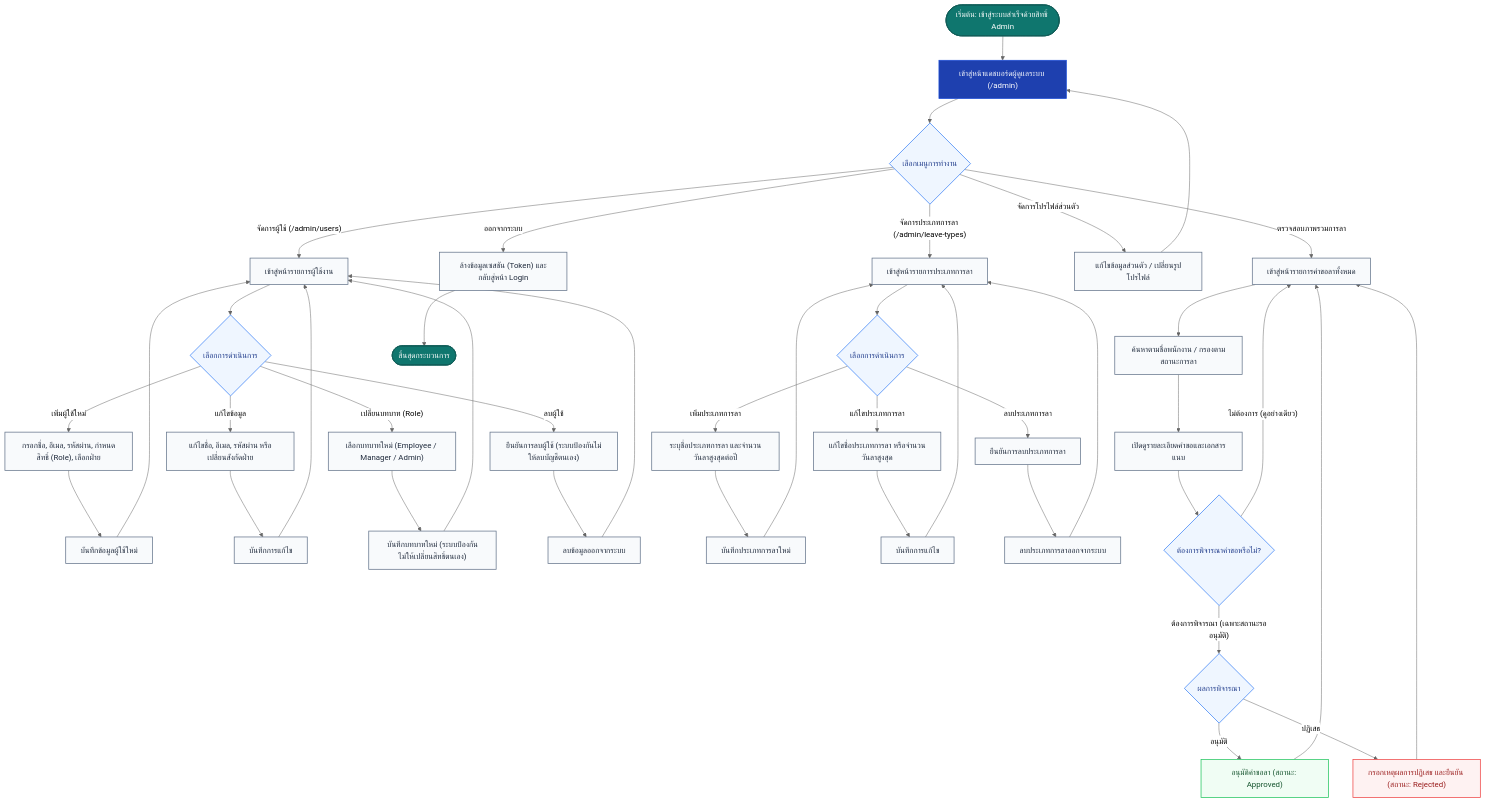
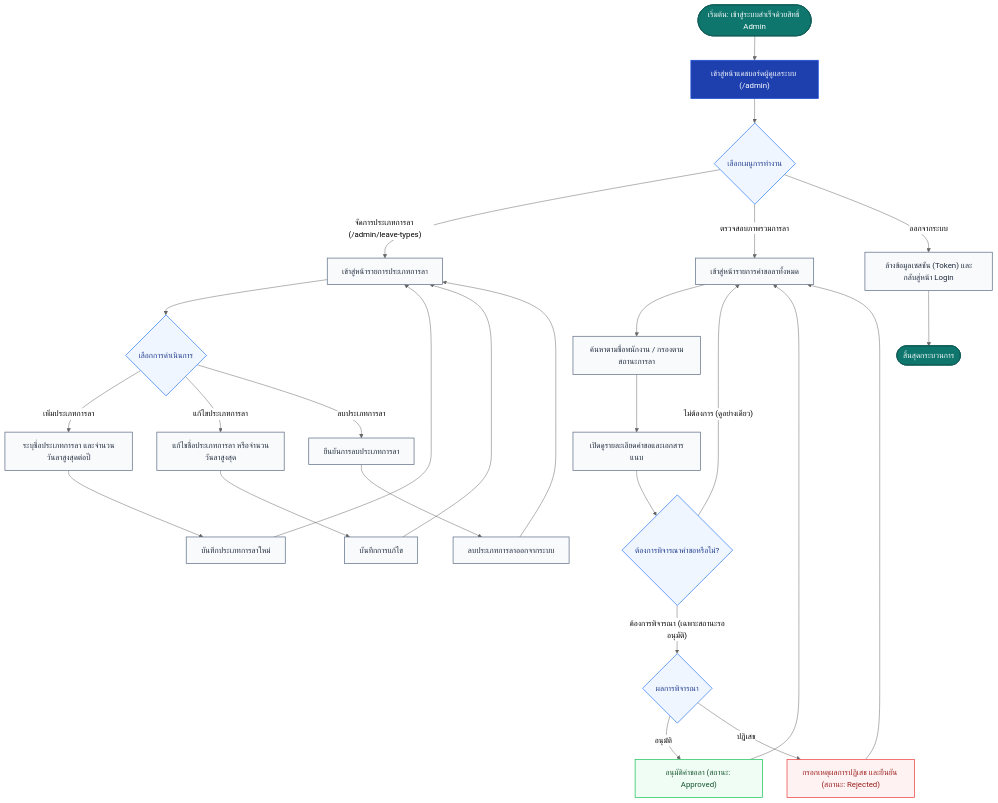
Before and after one commit to CoCoa-luck-hat/Eleave-DevOps: the diagram in docs/2-admin-flow.md, drawn with Mermaid (neutral theme). The commit also changed other lines of this file and 27 other files, not shown here.

````diff
--- a/docs/2-admin-flow.md
+++ b/docs/2-admin-flow.md
@@ -9,58 +9,44 @@
 ```mermaid
 flowchart TD
     Start(["เริ่มต้น: เข้าสู่ระบบสำเร็จด้วยสิทธิ์ Admin"]) --> AdminDashboard["เข้าสู่หน้าแดชบอร์ดผู้ดูแลระบบ (/admin)"]
     
     AdminDashboard --> SelectMenu{"เลือกเมนูการทำงาน"}
-    
-    %% เมนู 1: จัดการผู้ใช้งาน
-    SelectMenu -- "จัดการผู้ใช้ (/admin/users)" --> UserMgmt["เข้าสู่หน้ารายการผู้ใช้งาน"]
-    UserMgmt --> UserAction{"เลือกการดำเนินการ"}
-    UserAction -- "เพิ่มผู้ใช้ใหม่" --> AddUser["กรอกชื่อ, อีเมล, รหัสผ่าน, กำหนดสิทธิ์ (Role), เลือกฝ่าย"]
-    AddUser --> SaveUser["บันทึกข้อมูลผู้ใช้ใหม่"] --> UserMgmt
-    UserAction -- "แก้ไขข้อมูล" --> EditUser["แก้ไขชื่อ, อีเมล, รหัสผ่าน หรือเปลี่ยนสังกัดฝ่าย"]
-    EditUser --> UpdateUser["บันทึกการแก้ไข"] --> UserMgmt
-    UserAction -- "เปลี่ยนบทบาท (Role)" --> ChangeRole["เลือกบทบาทใหม่ (Employee / Manager / Admin)"]
-    ChangeRole --> UpdateRole["บันทึกบทบาทใหม่ (ระบบป้องกันไม่ให้เปลี่ยนสิทธิ์ตนเอง)"] --> UserMgmt
-    UserAction -- "ลบผู้ใช้" --> DeleteUser["ยืนยันการลบผู้ใช้ (ระบบป้องกันไม่ให้ลบบัญชีตนเอง)"]
-    DeleteUser --> RemoveUser["ลบข้อมูลออกจากระบบ"] --> UserMgmt
 
-    %% เมนู 2: จัดการประเภทการลา
+    %% เมนู 1: จัดการประเภทการลา
     SelectMenu -- "จัดการประเภทการลา (/admin/leave-types)" --> LeaveTypeMgmt["เข้าสู่หน้ารายการประเภทการลา"]
     LeaveTypeMgmt --> LTAction{"เลือกการดำเนินการ"}
     LTAction -- "เพิ่มประเภทการลา" --> AddLT["ระบุชื่อประเภทการลา และจำนวนวันลาสูงสุดต่อปี"]
     AddLT --> SaveLT["บันทึกประเภทการลาใหม่"] --> LeaveTypeMgmt
     LTAction -- "แก้ไขประเภทการลา" --> EditLT["แก้ไขชื่อประเภทการลา หรือจำนวนวันลาสูงสุด"]
     EditLT --> UpdateLT["บันทึกการแก้ไข"] --> LeaveTypeMgmt
     LTAction -- "ลบประเภทการลา" --> DeleteLT["ยืนยันการลบประเภทการลา"]
     DeleteLT --> RemoveLT["ลบประเภทการลาออกจากระบบ"] --> LeaveTypeMgmt
 
-    %% เมนู 3: ตรวจสอบและพิจารณาคำขอลา
+    %% เมนู 2: ตรวจสอบและพิจารณาคำขอลา
     SelectMenu -- "ตรวจสอบภาพรวมการลา" --> LeaveOverview["เข้าสู่หน้ารายการคำขอลาทั้งหมด"]
     LeaveOverview --> FilterLeave["ค้นหาตามชื่อพนักงาน / กรองตามสถานะการลา"]
     FilterLeave --> ViewDetail["เปิดดูรายละเอียดคำขอและเอกสารแนบ"]
     ViewDetail --> NeedAction{"ต้องการพิจารณาคำขอหรือไม่?"}
     NeedAction -- "ไม่ต้องการ (ดูอย่างเดียว)" --> LeaveOverview
     NeedAction -- "ต้องการพิจารณา (เฉพาะสถานะรออนุมัติ)" --> DecideLeave{"ผลการพิจารณา"}
     DecideLeave -- "อนุมัติ" --> ApproveLeave["อนุมัติคำขอลา (สถานะ: Approved)"] --> LeaveOverview
     DecideLeave -- "ปฏิเสธ" --> RejectLeave["กรอกเหตุผลการปฏิเสธ และยืนยัน (สถานะ: Rejected)"] --> LeaveOverview
 
     %% การออกจากระบบ
-    SelectMenu -- "จัดการโปรไฟล์ส่วนตัว" --> EditProfile["แก้ไขข้อมูลส่วนตัว / เปลี่ยนรูปโปรไฟล์"] --> AdminDashboard
     SelectMenu -- "ออกจากระบบ" --> Logout["ล้างข้อมูลเซสชัน (Token) และกลับสู่หน้า Login"]
     Logout --> End(["สิ้นสุดกระบวนการ"])
 
     classDef startEnd fill:#0f766e,stroke:#115e59,stroke-width:2px,color:#ffffff;
     classDef mainNode fill:#1e40af,stroke:#1d4ed8,stroke-width:1.5px,color:#ffffff;
     classDef decision fill:#eff6ff,stroke:#3b82f6,stroke-width:1.5px,color:#1e3a8a;
     classDef actionNode fill:#f8fafc,stroke:#64748b,stroke-width:1.5px,color:#1e293b;
     classDef approveNode fill:#f0fdf4,stroke:#22c55e,stroke-width:1.5px,color:#14532d;
     classDef rejectNode fill:#fef2f2,stroke:#ef4444,stroke-width:1.5px,color:#991b1b;
 
     class Start,End startEnd;
     class AdminDashboard mainNode;
-    class SelectMenu,UserAction,LTAction,NeedAction,DecideLeave decision;
-    class UserMgmt,AddUser,SaveUser,EditUser,UpdateUser,ChangeRole,UpdateRole,DeleteUser,RemoveUser actionNode;
-    class LeaveTypeMgmt,AddLT,SaveLT,EditLT,UpdateLT,DeleteLT,RemoveLT,LeaveOverview,FilterLeave,ViewDetail,EditProfile,Logout actionNode;
+    class SelectMenu,LTAction,NeedAction,DecideLeave decision;
+    class LeaveTypeMgmt,AddLT,SaveLT,EditLT,UpdateLT,DeleteLT,RemoveLT,LeaveOverview,FilterLeave,ViewDetail,Logout actionNode;
     class ApproveLeave approveNode;
     class RejectLeave rejectNode;
 ```
````
